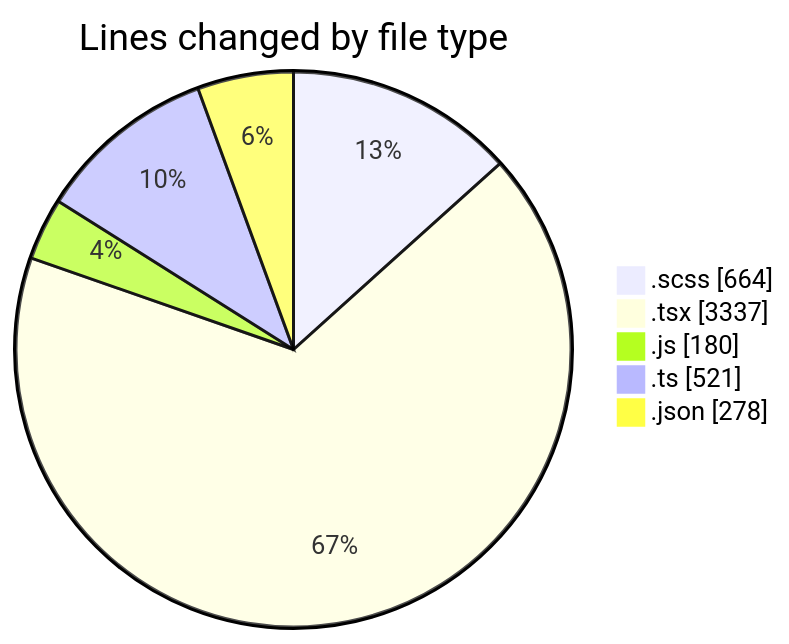
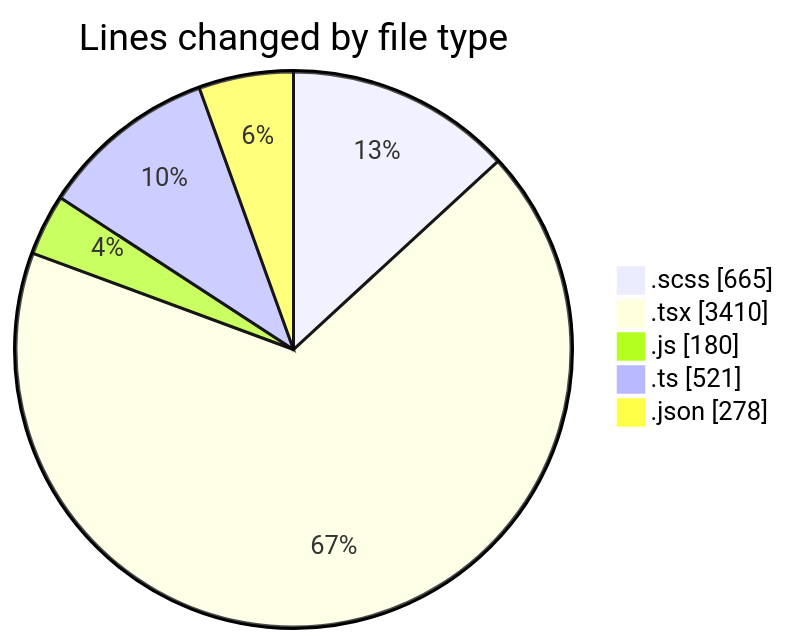
One commit to momahboobian/code-tracking changed the first of 2 diagrams in 2026-08-10/cda/README.md. Above: the diagram before and after it, drawn with Mermaid. The commit also changed other lines of this file and 1 other file, not shown here.

````diff
--- a/2026-08-10/cda/README.md
+++ b/2026-08-10/cda/README.md
@@ -32,9 +32,9 @@
 ```mermaid
 pie showData
 title Lines changed by file type
-".scss" : 664
-".tsx" : 3337
+".scss" : 665
+".tsx" : 3410
 ".js" : 180
 ".ts" : 521
 ".json" : 278
 ```
````
